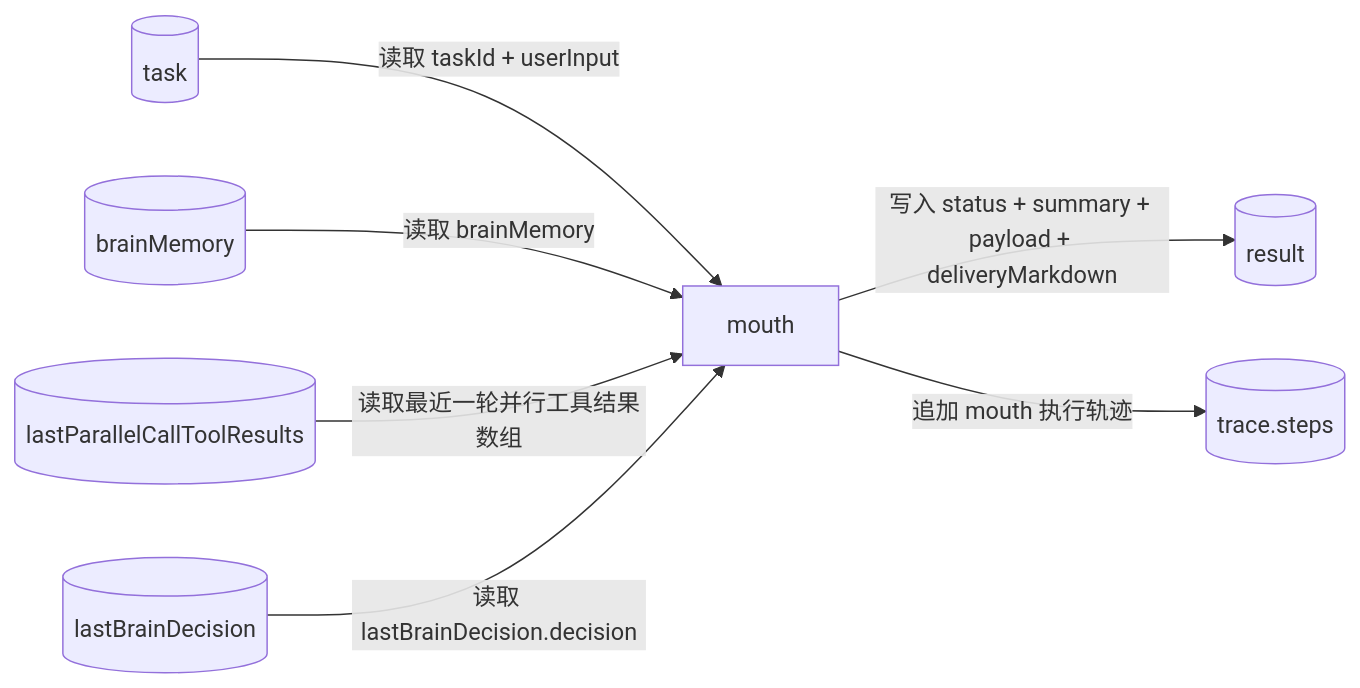
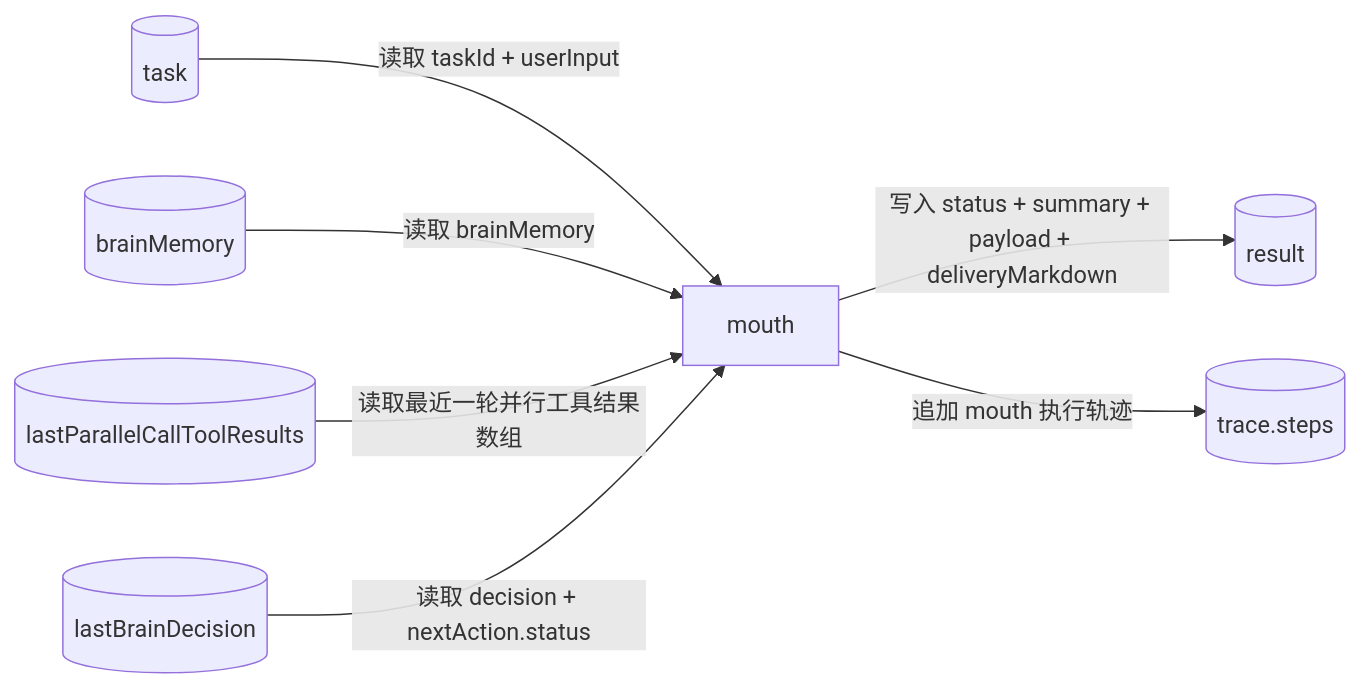
Before and after one commit to Yoan98/Ncurator: the sixth of 6 diagrams in doc/ai-design/data-definition-and-flow.md, drawn with Mermaid. The commit also changed other lines of this file and 6 other files, not shown here.

Commit message:
Clarify AI refactor docs and human architecture references

````diff
--- a/doc/ai-design/data-definition-and-flow.md
+++ b/doc/ai-design/data-definition-and-flow.md
@@ -420,17 +445,17 @@
 ```mermaid
 flowchart LR
     T[("task")]
     BM[("brainMemory")]
     LTR[("lastParallelCallToolResults")]
     LBD[("lastBrainDecision")]
     M["mouth"]
     R[("result")]
     TR[("trace.steps")]
 
     T -->|读取 taskId + userInput| M
     BM -->|读取 brainMemory| M
     LTR -->|读取最近一轮并行工具结果数组| M
-    LBD -->|读取 lastBrainDecision.decision| M
+    LBD -->|读取 decision + nextAction.status| M
     M -->|写入 status + summary + payload + deliveryMarkdown| R
     M -->|追加 mouth 执行轨迹| TR
 ```
````
